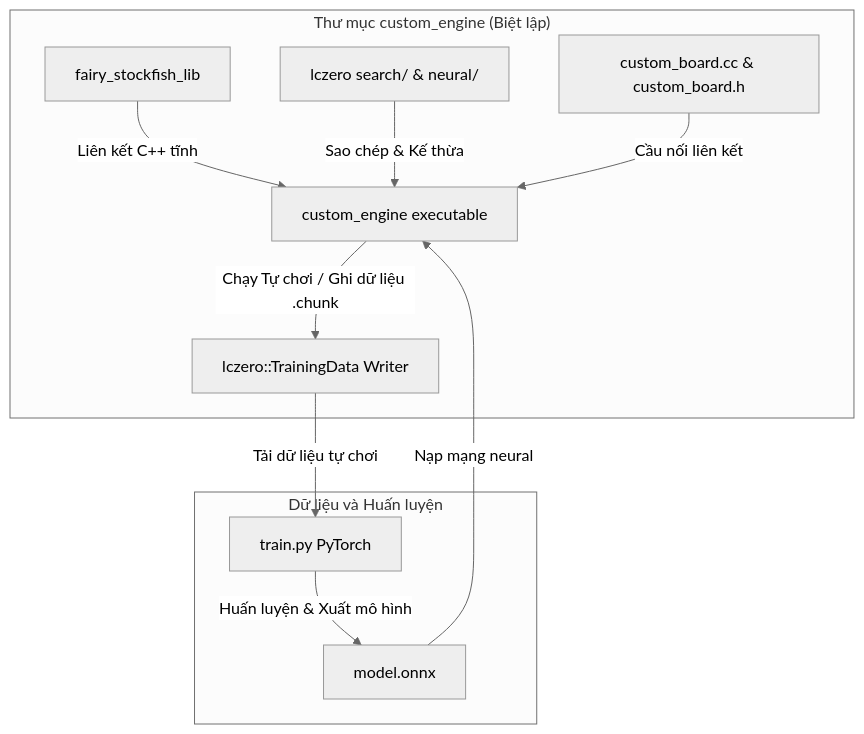
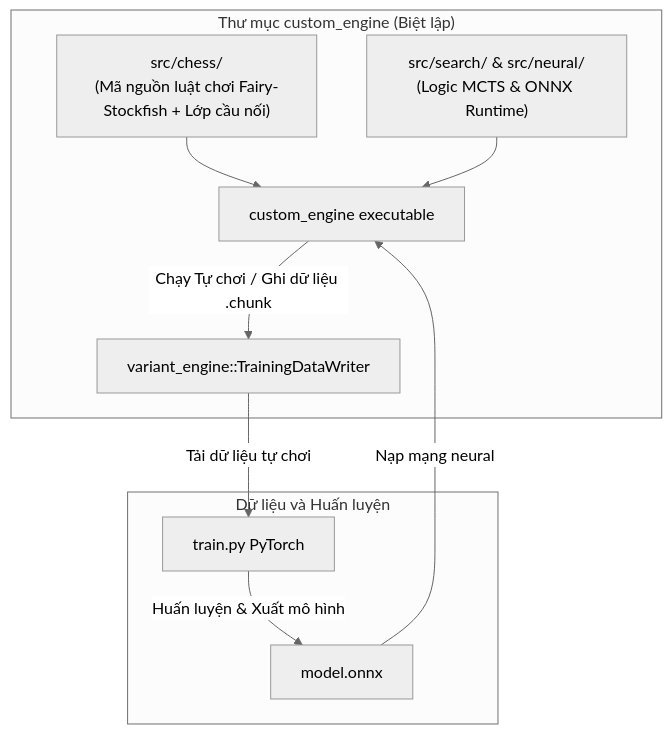
The second of 2 diagrams in implementation_plan.md (phuc11731510/chess_variant_engine), drawn with Mermaid (neutral theme) before and after one commit. The commit also changed other lines of this file, not shown here.

Commit message:
Update implementation plan: place rules files directly in src/chess/ to simplify layout

````diff
--- a/implementation_plan.md
+++ b/implementation_plan.md
@@ -493,15 +494,14 @@
 ```mermaid
 graph TD
     subgraph CustomEngineDir ["Thư mục custom_engine (Biệt lập)"]
-        FairySF_Lib["fairy_stockfish_lib"] -->|Liên kết C++ tĩnh| EngineBinary["custom_engine executable"]
-        Lc0Search_Src["lczero search/ & neural/"] -->|Sao chép & Kế thừa| EngineBinary
-        CustomBoard["custom_board.cc & custom_board.h"] -->|Cầu nối liên kết| EngineBinary
-        EngineBinary -->|Chạy Tự chơi / Ghi dữ liệu .chunk| DataWriter["lczero::TrainingData Writer"]
+        Chess_Src["src/chess/<br>(Mã nguồn luật chơi Fairy-Stockfish + Lớp cầu nối)"] --> EngineBinary["custom_engine executable"]
+        Lc0Search_Src["src/search/ & src/neural/<br>(Logic MCTS & ONNX Runtime)"] --> EngineBinary
+        EngineBinary -->|Chạy Tự chơi / Ghi dữ liệu .chunk| DataWriter["variant_engine::TrainingDataWriter"]
     end
 
     subgraph DataAndTrain ["Dữ liệu và Huấn luyện"]
         DataWriter -->|Tải dữ liệu tự chơi| ColabTrain["train.py PyTorch"]
         ColabTrain -->|Huấn luyện & Xuất mô hình| ModelONNX["model.onnx"]
         ModelONNX -->|Nạp mạng neural| EngineBinary
     end
 ```
````
